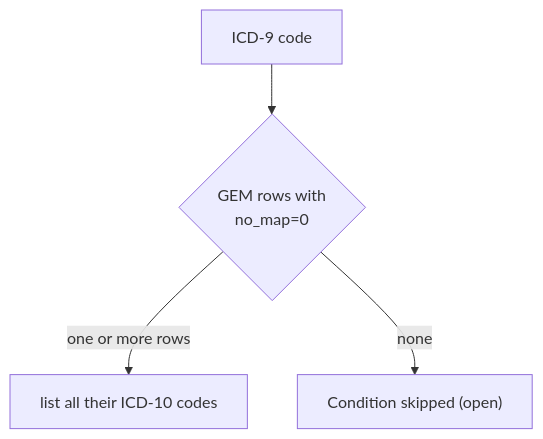
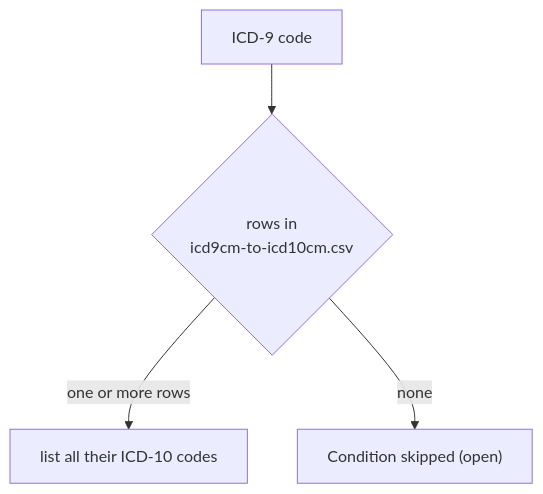
The sixth of 7 diagrams in docker/mimic-local/MIMIC-mappings-explained.md (DataTools4Heart/data-ingestion-suite), drawn with Mermaid before and after one commit. The commit also changed other lines of this file and 11 other files, not shown here.

````diff
--- a/docker/mimic-local/MIMIC-mappings-explained.md
+++ b/docker/mimic-local/MIMIC-mappings-explained.md
@@ -341,6 +346,6 @@
 ```mermaid
 flowchart TD
-    I[ICD-9 code] --> G{GEM rows with<br/>no_map=0}
+    I[ICD-9 code] --> G{rows in<br/>icd9cm-to-icd10cm.csv}
     G -- one or more rows --> O1[list all their ICD-10 codes]
     G -- none --> O3["Condition skipped (open)"]
 ```
````
